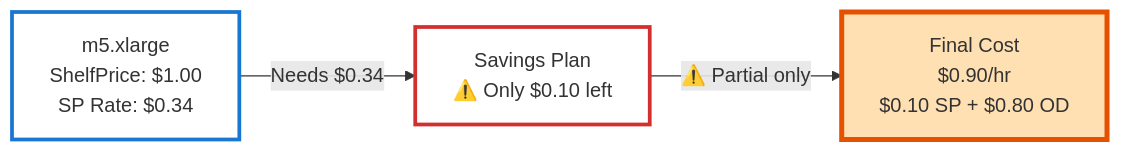
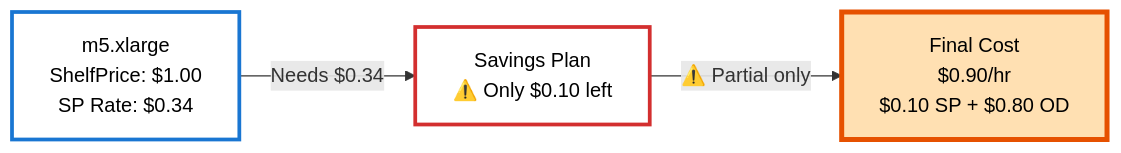
Before and after one commit to Nextdoor/lumina: the fifth of 8 diagrams in ALGORITHM.md, drawn with Mermaid. The commit also changed other lines of this file, not shown here.

First line of the commit message:
docs(algorithm): apply dark text to all light-colored diagram boxes

````diff
--- a/ALGORITHM.md
+++ b/ALGORITHM.md
@@ -298,13 +298,13 @@
 ```mermaid
 flowchart LR
     I2["m5.xlarge<br/>ShelfPrice: $1.00<br/>SP Rate: $0.34"]
     SP2["Savings Plan<br/>⚠️ Only $0.10 left"]
     Result2["Final Cost<br/>$0.90/hr<br/>$0.10 SP + $0.80 OD"]
 
     I2 -->|"Needs $0.34"| SP2
     SP2 -->|"⚠️ Partial only"| Result2
 
-    style I2 fill:#fff,stroke:#1976d2,stroke-width:3px
-    style SP2 fill:#fff,stroke:#d32f2f,stroke-width:3px
-    style Result2 fill:#ffe0b2,stroke:#e65100,stroke-width:4px
+    style I2 fill:#fff,stroke:#1976d2,stroke-width:3px,color:#000
+    style SP2 fill:#fff,stroke:#d32f2f,stroke-width:3px,color:#000
+    style Result2 fill:#ffe0b2,stroke:#e65100,stroke-width:4px,color:#000
 ```
````
